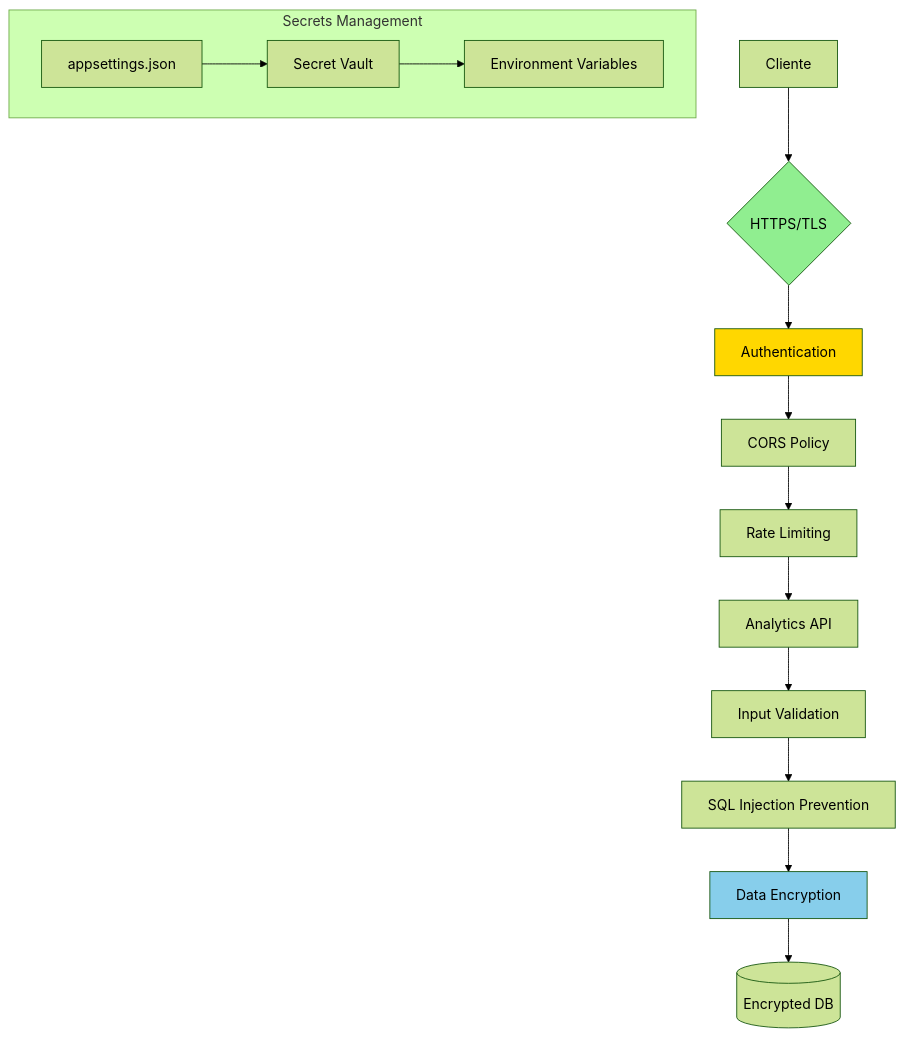
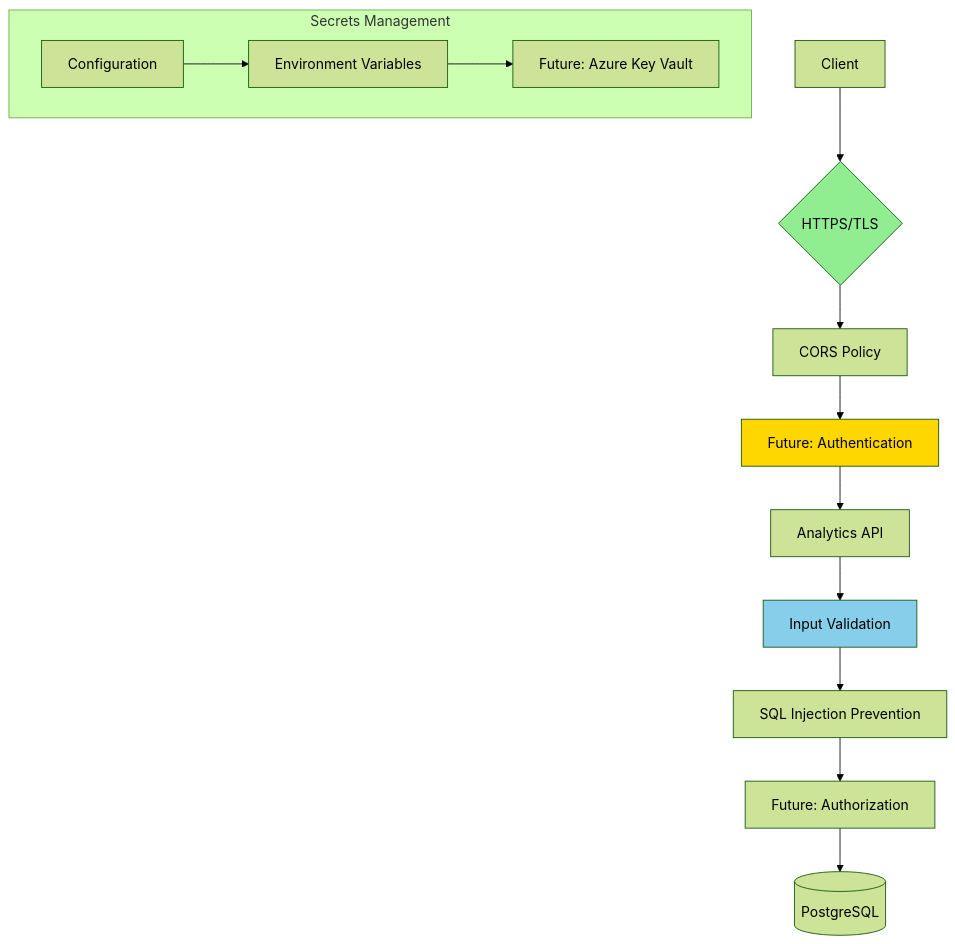
One commit to rdpresser/tc-agro-analytics-worker changed diagram 11 of 12 in docs/C4_ARCHITECTURE_DIAGRAMS.md. Above: the diagram before and after it, drawn with Mermaid (forest theme). The commit also changed other lines of this file and 7 other files, not shown here.

````diff
--- a/docs/C4_ARCHITECTURE_DIAGRAMS.md
+++ b/docs/C4_ARCHITECTURE_DIAGRAMS.md
@@ -591,23 +735,22 @@
 ```mermaid
 graph TB
-    Client[Cliente] --> HTTPS{HTTPS/TLS}
-    HTTPS --> Auth[Authentication]
-    Auth --> CORS[CORS Policy]
-    CORS --> RateLimit[Rate Limiting]
-    RateLimit --> API[Analytics API]
-    
+    Client[Client] --> HTTPS{HTTPS/TLS}
+    HTTPS --> CORS[CORS Policy]
+    CORS --> Auth[Future: Authentication]
+    Auth --> API[Analytics API]
+
     API --> Validation[Input Validation]
     Validation --> Sanitization[SQL Injection Prevention]
-    Sanitization --> Encryption[Data Encryption]
-    
-    Encryption --> DB[(Encrypted DB)]
-    
+    Sanitization --> Authorization[Future: Authorization]
+
+    Authorization --> DB[(PostgreSQL)]
+
     subgraph "Secrets Management"
-        Config[appsettings.json] --> Vault[Secret Vault]
-        Vault --> EnvVars[Environment Variables]
+        Config[Configuration] --> EnvVars[Environment Variables]
+        EnvVars --> Vault[Future: Azure Key Vault]
     end
-    
+
     style HTTPS fill:#90EE90
     style Auth fill:#FFD700
-    style Encryption fill:#87CEEB
+    style Validation fill:#87CEEB
 ```
````
